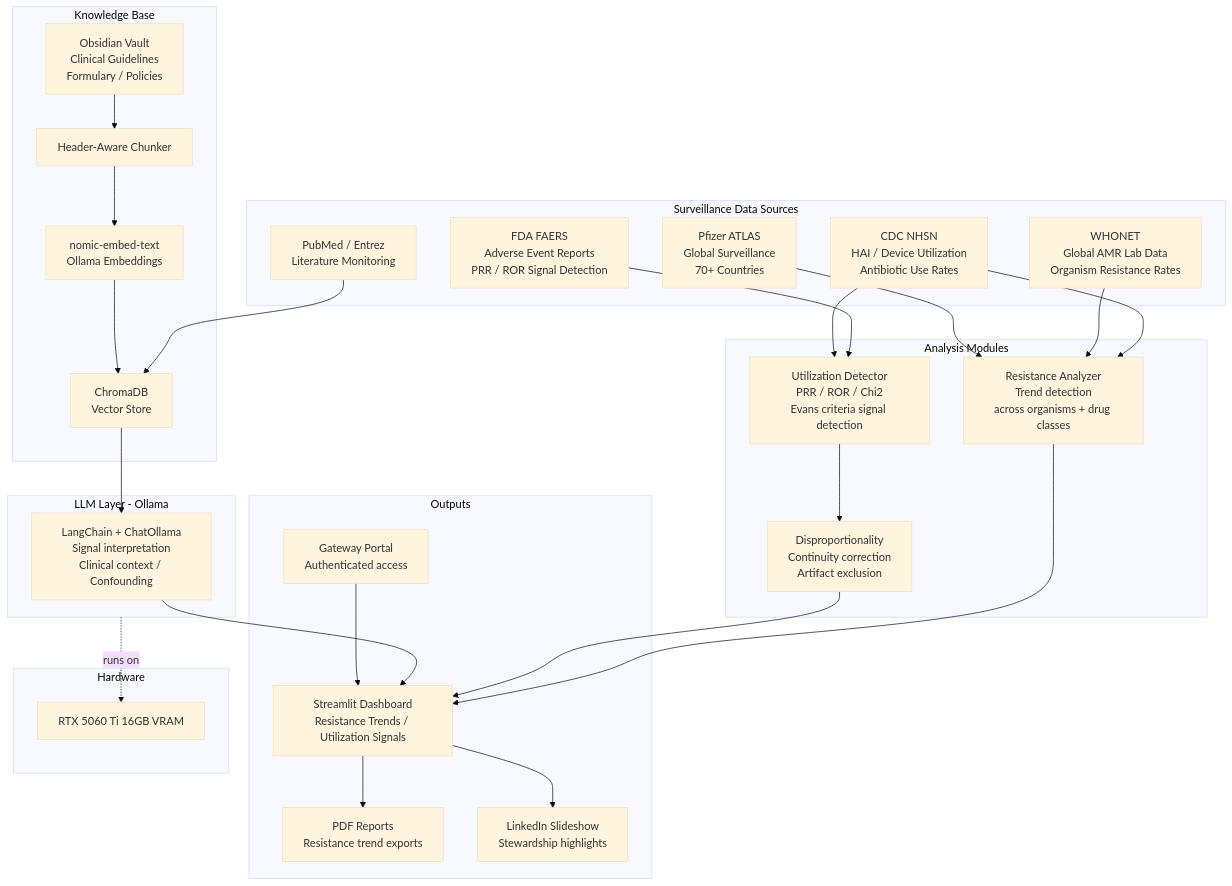
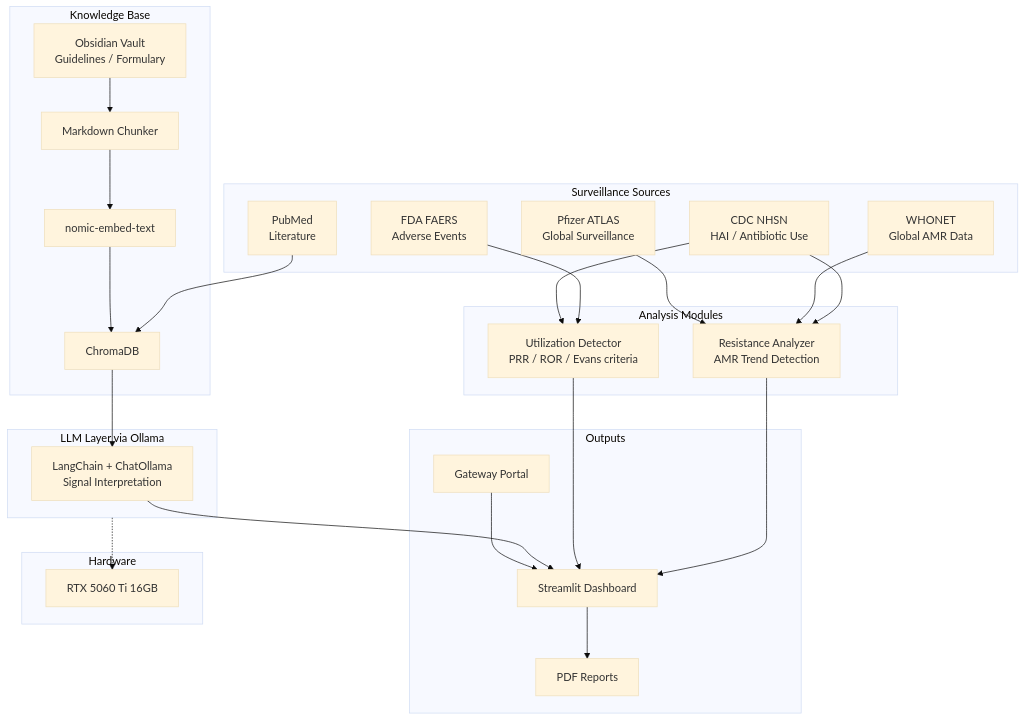
The diagram in README.md (molszewski423/ams-intelligence), drawn with Mermaid (base theme) before and after one commit.

Commit message:
Simplify Mermaid diagram for mobile compatibility — unquoted subgraphs, fewer nodes

````diff
--- a/README.md
+++ b/README.md
@@ -9,79 +9,60 @@
 ```mermaid
 graph TB
-    subgraph Sources["Surveillance Data Sources"]
-        NHSN["CDC NHSN
-HAI / Device Utilization
-Antibiotic Use Rates"]
-        FAERS["FDA FAERS
-Adverse Event Reports
-PRR / ROR Signal Detection"]
-        WHONET["WHONET
-Global AMR Lab Data
-Organism Resistance Rates"]
-        PUBMED["PubMed / Entrez
-Literature Monitoring"]
-        ATLAS["Pfizer ATLAS
-Global Surveillance
-70+ Countries"]
+    subgraph Sources[Surveillance Sources]
+        NHSN[CDC NHSN
+HAI / Antibiotic Use]
+        FAERS[FDA FAERS
+Adverse Events]
+        WHONET[WHONET
+Global AMR Data]
+        PUBMED[PubMed
+Literature]
+        ATLAS[Pfizer ATLAS
+Global Surveillance]
     end
 
-    subgraph Vault["Knowledge Base"]
-        VAULTMD["Obsidian Vault
-Clinical Guidelines
-Formulary / Policies"]
-        Chunker["Header-Aware Chunker"]
-        Embed["nomic-embed-text
-Ollama Embeddings"]
-        ChromaDB["ChromaDB
-Vector Store"]
+    subgraph Vault[Knowledge Base]
+        VAULTMD[Obsidian Vault
+Guidelines / Formulary]
+        Chunker[Markdown Chunker]
+        Embed[nomic-embed-text]
+        ChromaDB[ChromaDB]
     end
 
-    subgraph Analysis["Analysis Modules"]
-        RES["Resistance Analyzer
-Trend detection
-across organisms + drug classes"]
-        UTIL["Utilization Detector
-PRR / ROR / Chi2
-Evans criteria signal detection"]
-        DISP["Disproportionality
-Continuity correction
-Artifact exclusion"]
+    subgraph Analysis[Analysis Modules]
+        RES[Resistance Analyzer
+AMR Trend Detection]
+        UTIL[Utilization Detector
+PRR / ROR / Evans criteria]
     end
 
-    subgraph LLM["LLM Layer - Ollama"]
-        OLLAMA["LangChain + ChatOllama
-Signal interpretation
-Clinical context / Confounding"]
+    subgraph LLM[LLM Layer via Ollama]
+        OLLAMA[LangChain + ChatOllama
+Signal Interpretation]
     end
 
-    subgraph Output["Outputs"]
-        DASH["Streamlit Dashboard
-Resistance Trends / Utilization Signals"]
-        PDF["PDF Reports
-Resistance trend exports"]
-        SLIDE["LinkedIn Slideshow
-Stewardship highlights"]
-        GW["Gateway Portal
-Authenticated access"]
+    subgraph Output[Outputs]
+        DASH[Streamlit Dashboard]
+        PDF[PDF Reports]
+        GW[Gateway Portal]
     end
 
     NHSN --> RES
     WHONET --> RES
     ATLAS --> RES
     FAERS --> UTIL
     NHSN --> UTIL
     PUBMED --> ChromaDB
     VAULTMD --> Chunker --> Embed --> ChromaDB
     ChromaDB --> OLLAMA
     RES --> DASH
-    UTIL --> DISP --> DASH
+    UTIL --> DASH
     OLLAMA --> DASH
     DASH --> PDF
-    DASH --> SLIDE
     GW --> DASH
 
-    subgraph HW["Hardware"]
-        GPU["RTX 5060 Ti 16GB VRAM"]
+    subgraph HW[Hardware]
+        GPU[RTX 5060 Ti 16GB]
     end
-    LLM -.->|runs on| GPU
+    LLM -.-> GPU
 ```
````
